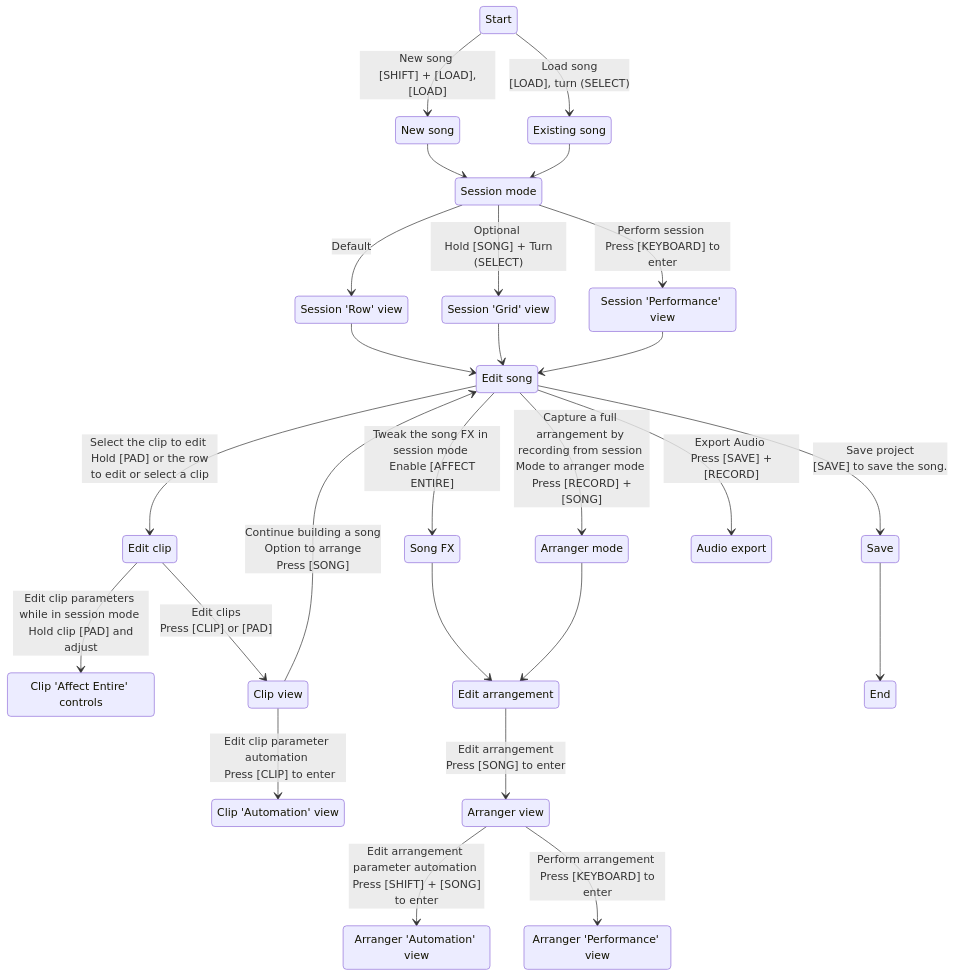
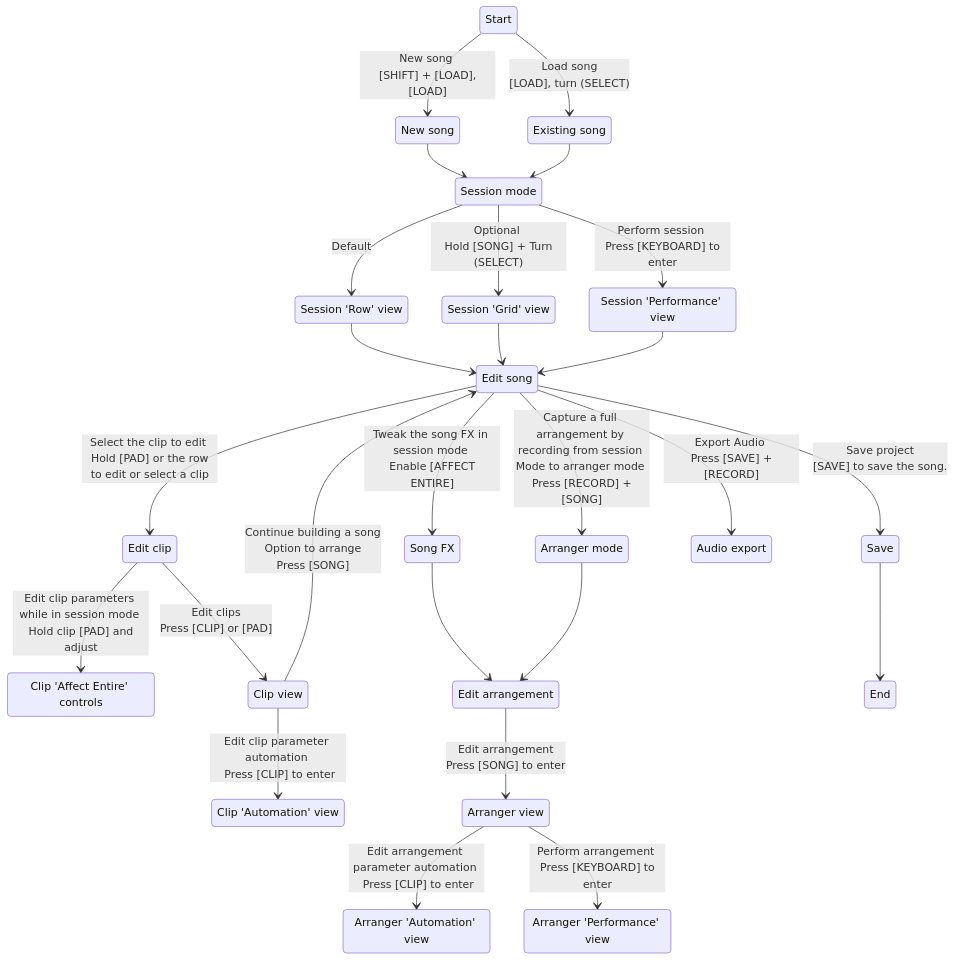
Before and after one commit to SynthstromAudible/DelugeFirmware: the third of 4 diagrams in website/src/content/docs/manual/introduction/getting_oriented.mdx, drawn with Mermaid. The commit also changed 135 other files, not shown here.

````diff
--- a/website/src/content/docs/manual/introduction/getting_oriented.mdx
+++ b/website/src/content/docs/manual/introduction/getting_oriented.mdx
@@ -99,48 +99,48 @@
 ```mermaid
 stateDiagram-v2
     Start --> NewSong: New song <br> [SHIFT] + [LOAD], [LOAD]
     Start --> ExistingSong: Load song <br> [LOAD], turn (SELECT)
     NewSong --> SessionMode
     ExistingSong --> SessionMode
     SessionMode --> RowView: Default
     SessionMode --> GridView: Optional <br> Hold [SONG] + Turn (SELECT)
     SessionMode --> SessionPerformanceView: Perform session <br> Press [KEYBOARD] to enter
     RowView --> EditSong
     GridView --> EditSong
     SessionPerformanceView --> EditSong
     EditSong --> EditClip: Select the clip to edit <br> Hold [PAD] or the row to edit or select a clip
     EditClip --> ClipParameters: Edit clip parameters while in session mode <br> Hold clip [PAD] and adjust
     EditClip --> ClipView: Edit clips <br> Press [CLIP] or [PAD]
     ClipView --> EditSong: Continue building a song <br> Option to arrange <br> Press [SONG]
     ClipView --> ClipAutomationView: Edit clip parameter automation <br> Press [CLIP] to enter
     EditSong --> SongFX: Tweak the song FX in session mode <br> Enable [AFFECT ENTIRE]
     EditSong --> ArrangerMode: Capture a full arrangement by recording from session Mode to arranger mode <br> Press [RECORD] + [SONG]
     SongFX --> EditArrangement
     ArrangerMode --> EditArrangement
     EditArrangement --> ArrangerView: Edit arrangement <br> Press [SONG] to enter
-    ArrangerView --> ArrangerAutomationView: Edit arrangement parameter automation <br> Press [SHIFT] + [SONG] to enter
+    ArrangerView --> ArrangerAutomationView: Edit arrangement parameter automation <br> Press [CLIP] to enter
     ArrangerView --> ArrangerPerformanceView: Perform arrangement <br> Press [KEYBOARD] to enter
     EditSong --> Save: Save project <br> [SAVE] to save the song.
     EditSong --> AudioExport: Export Audio <br> Press [SAVE] + [RECORD]
     Save --> End
 
     NewSong: New song
     ExistingSong: Existing song
     SessionMode: Session mode
     RowView: Session 'Row' view
     GridView: Session 'Grid' view
     SessionPerformanceView: Session 'Performance' view
     EditSong: Edit song
     EditClip: Edit clip
     ClipParameters: Clip 'Affect Entire' controls
     ClipView: Clip view
     ClipAutomationView: Clip 'Automation' view
     SongFX: Song FX
     ArrangerMode: Arranger mode
     EditArrangement: Edit arrangement
     ArrangerView: Arranger view
     ArrangerAutomationView: Arranger 'Automation' view
     ArrangerPerformanceView: Arranger 'Performance' view
     AudioExport: Audio export
     Save: Save
 ```
````
